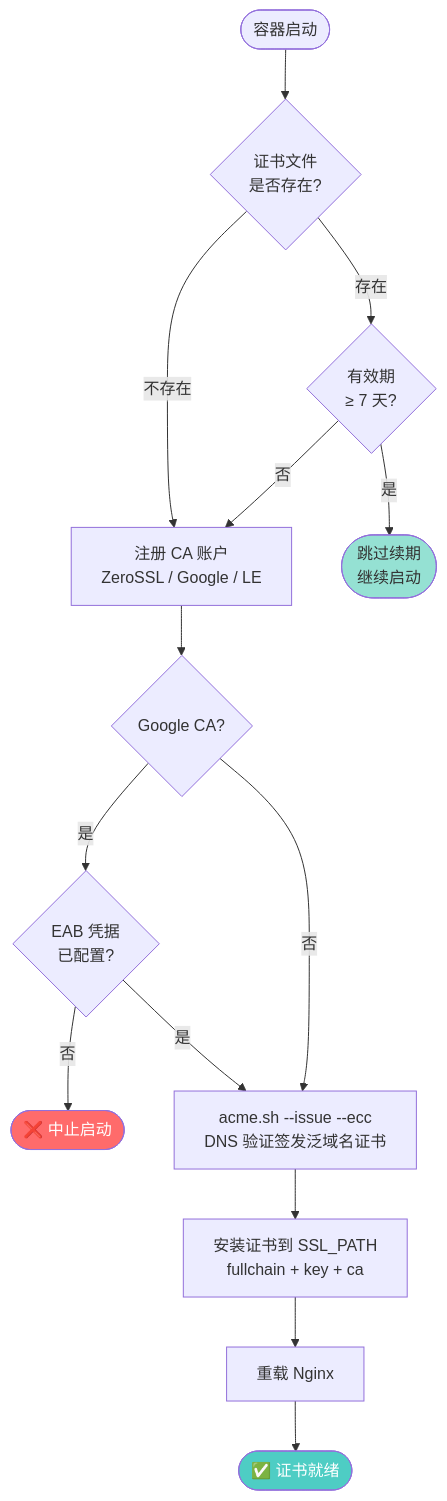
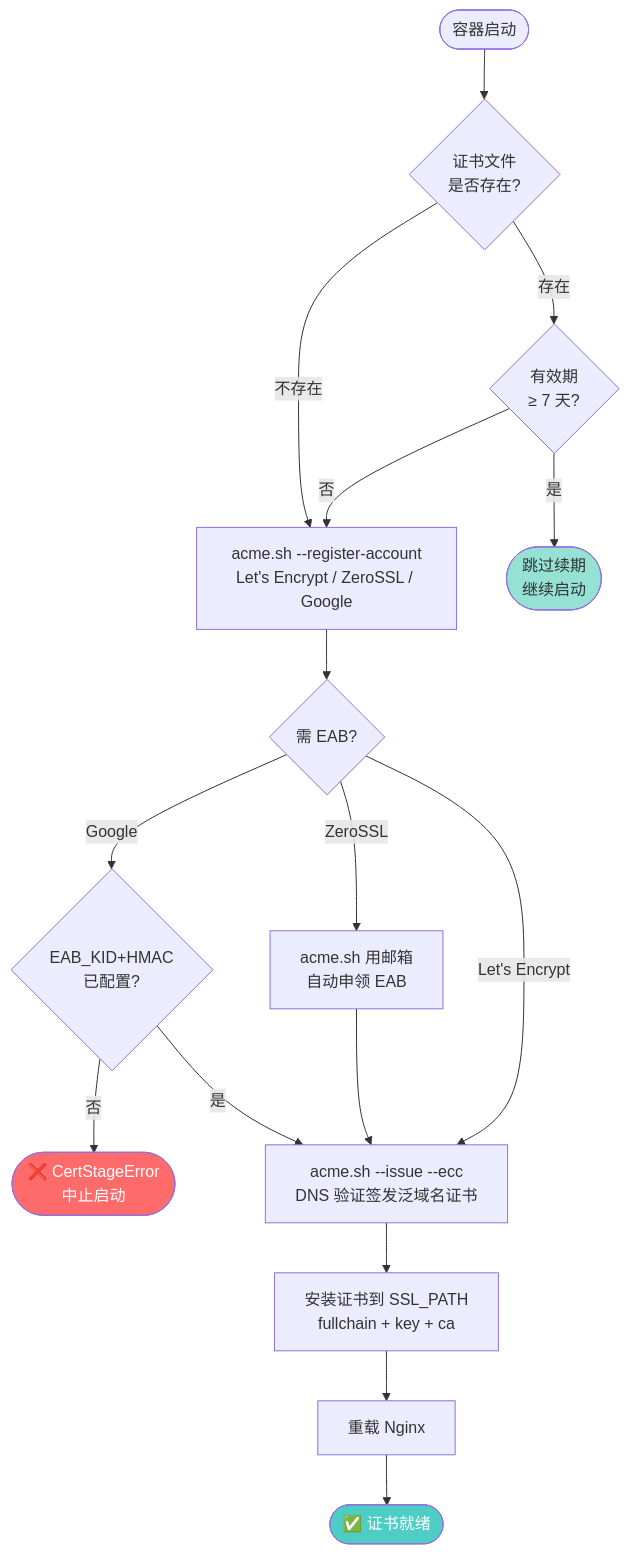
One commit to currycan/sb-xray changed diagram 17 of 17 in docs/02-protocols-and-security.md. Above: the diagram before and after it, drawn with Mermaid. The commit also changed other lines of this file and 2 other files, not shown here.

First line of the commit message:
docs/compose: align CA docs with reality; default to Let's Encrypt

````diff
--- a/docs/02-protocols-and-security.md
+++ b/docs/02-protocols-and-security.md
@@ -876,21 +896,23 @@
 ```mermaid
 flowchart TD
     Start([容器启动]) --> CheckExist{证书文件<br/>是否存在?}
     CheckExist -- 不存在 --> Register
     CheckExist -- 存在 --> CheckExpiry{有效期<br/>≥ 7 天?}
     CheckExpiry -- 是 --> Skip([跳过续期<br/>继续启动])
     CheckExpiry -- 否 --> Register
 
-    Register[注册 CA 账户<br/>ZeroSSL / Google / LE] --> EAB{Google CA?}
-    EAB -- 是 --> EABCheck{EAB 凭据<br/>已配置?}
-    EABCheck -- 否 --> Error([❌ 中止启动])
+    Register[acme.sh --register-account<br/>Let's Encrypt / ZeroSSL / Google] --> EAB{需 EAB?}
+    EAB -- Google --> EABCheck{EAB_KID+HMAC<br/>已配置?}
+    EABCheck -- 否 --> Error([❌ CertStageError<br/>中止启动])
     EABCheck -- 是 --> Issue
-    EAB -- 否 --> Issue
+    EAB -- ZeroSSL --> AutoEAB[acme.sh 用邮箱<br/>自动申领 EAB]
+    AutoEAB --> Issue
+    EAB -- Let's Encrypt --> Issue
 
     Issue[acme.sh --issue --ecc<br/>DNS 验证签发泛域名证书] --> Install[安装证书到 SSL_PATH<br/>fullchain + key + ca]
     Install --> Reload[重载 Nginx] --> Done([✅ 证书就绪])
 
     style Error fill:#ff6b6b,color:white
     style Done fill:#4ecdc4,color:white
     style Skip fill:#95e1d3
 ```
````
